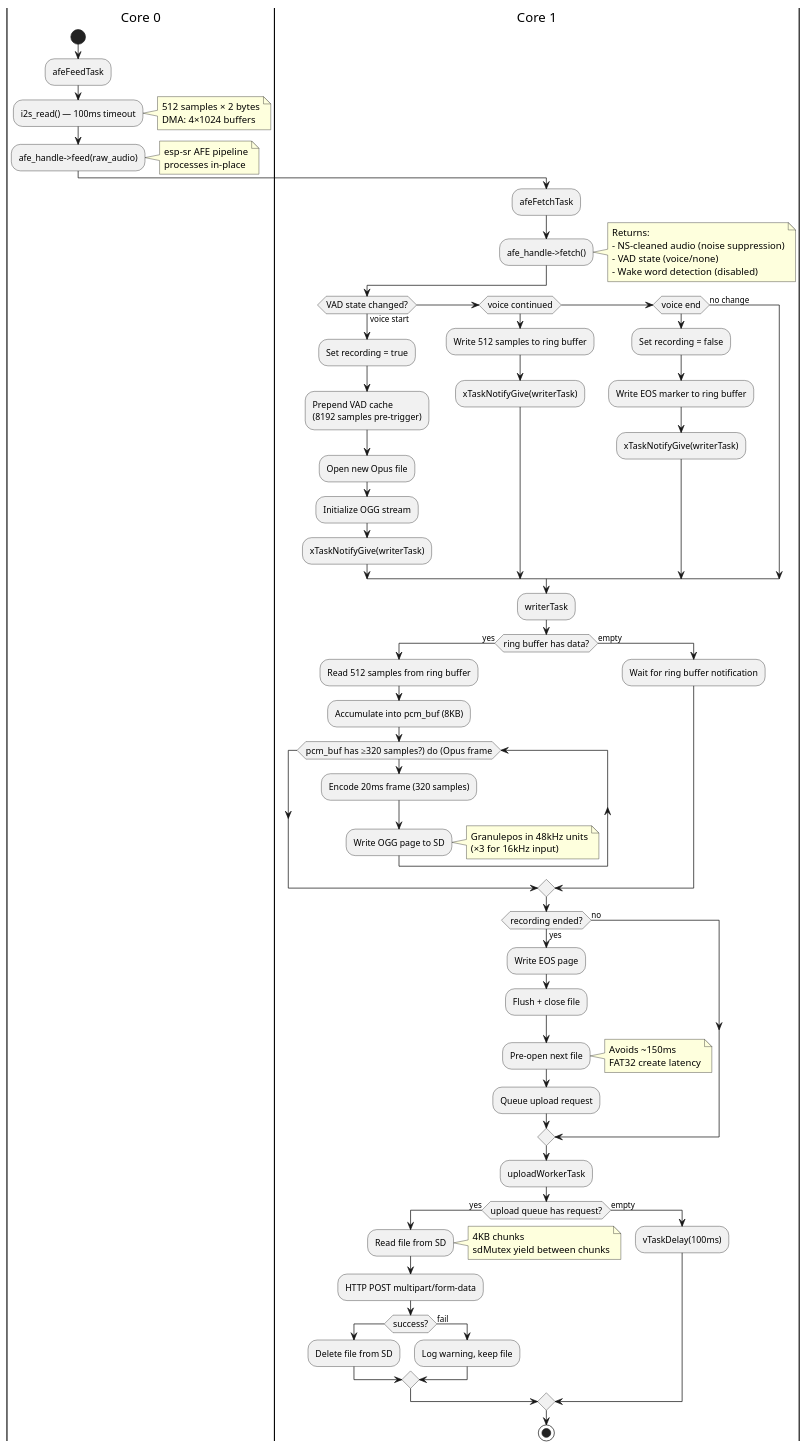
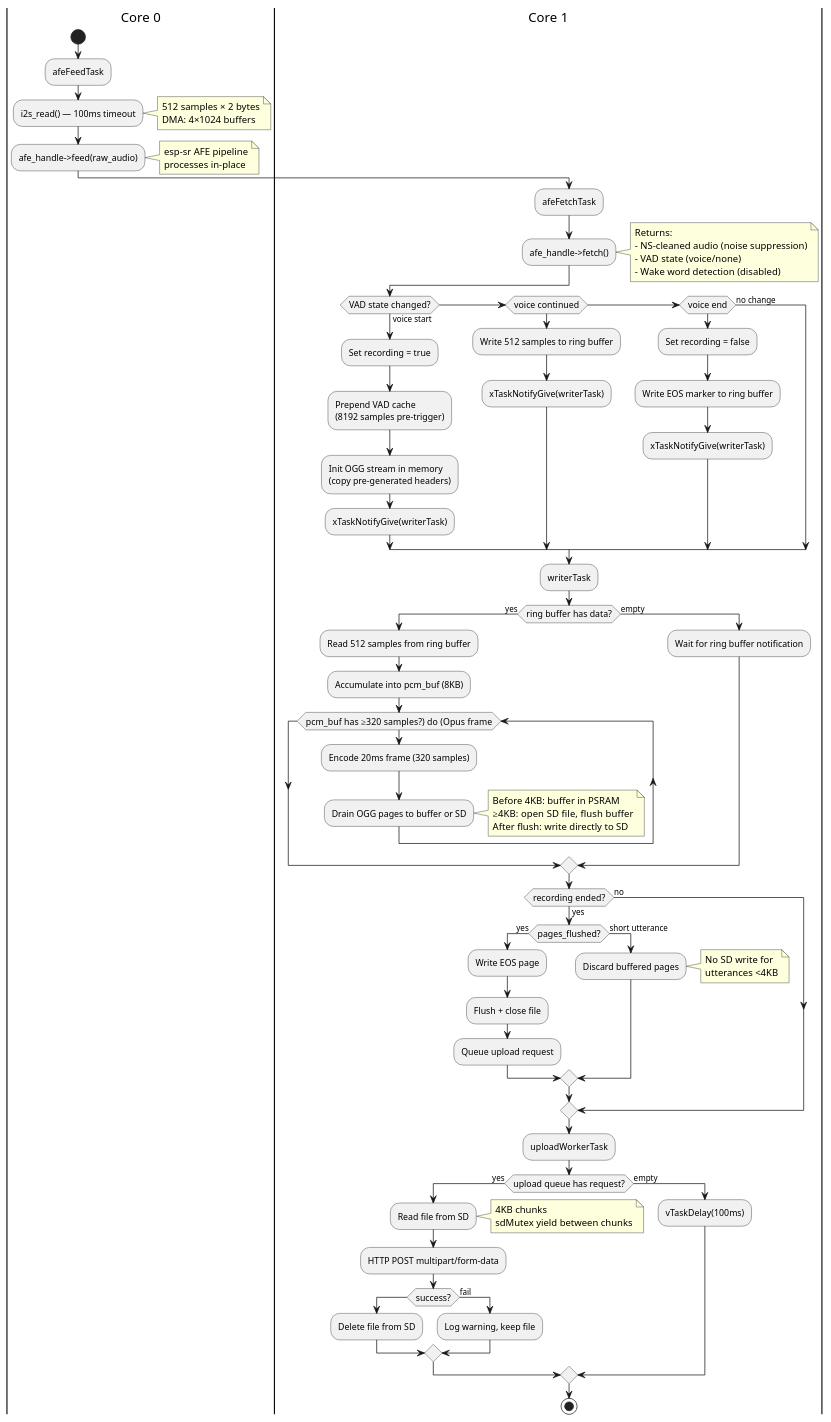
The third of 7 diagrams in firmware-ota/ARCHITECTURE.md (dlgreenwald/lifelog), drawn with PlantUML before and after one commit. The commit also changed other lines of this file and 2 other files, not shown here.

First line of the commit message:
firmware: defer SD file open until 4KB OGG data accumulated

```diff
--- a/firmware-ota/ARCHITECTURE.md
+++ b/firmware-ota/ARCHITECTURE.md
@@ -150,8 +150,7 @@
 if (VAD state changed?) then (voice start)
   :Set recording = true;
   :Prepend VAD cache\n(8192 samples pre-trigger);
-  :Open new Opus file;
-  :Initialize OGG stream;
+  :Init OGG stream in memory\n(copy pre-generated headers);
   :xTaskNotifyGive(writerTask);
 elseif (voice continued) then
   :Write 512 samples to ring buffer;
@@ -169,19 +168,26 @@
   :Accumulate into pcm_buf (8KB);
   while (pcm_buf has ≥320 samples?) do (Opus frame)
     :Encode 20ms frame (320 samples);
-    :Write OGG page to SD;
-    note right: Granulepos in 48kHz units\n(×3 for 16kHz input)
+    :Drain OGG pages to buffer or SD;
+    note right
+      Before 4KB: buffer in PSRAM
+      ≥4KB: open SD file, flush buffer
+      After flush: write directly to SD
+    end note
   endwhile
 else (empty)
   :Wait for ring buffer notification;
 endif
 
 if (recording ended?) then (yes)
-  :Write EOS page;
-  :Flush + close file;
-  :Pre-open next file;
-  note right: Avoids ~150ms\nFAT32 create latency
-  :Queue upload request;
+  if (pages_flushed?) then (yes)
+    :Write EOS page;
+    :Flush + close file;
+    :Queue upload request;
+  else (short utterance)
+    :Discard buffered pages;
+    note right: No SD write for\nutterances <4KB
+  endif
 else (no)
 endif
 
```
